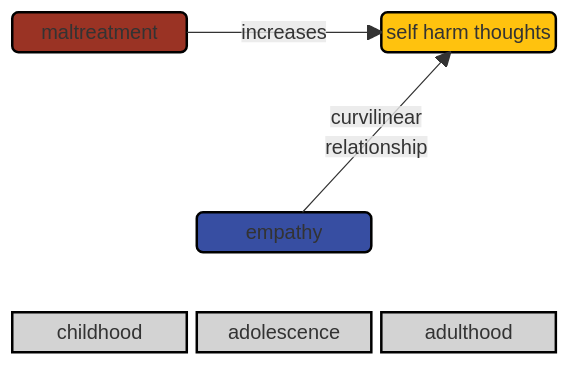
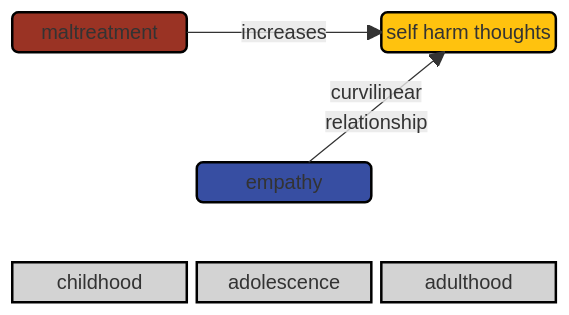
The second of 3 diagrams in empathy/README.md (agrogan1/closeread), drawn with Mermaid before and after one commit.

````diff
--- a/empathy/README.md
+++ b/empathy/README.md
@@ -37,28 +37,27 @@
 ```mermaid
 block
   columns 3
   m space sh
-  space space space
   space space space
   space space space
   space e space
   space space space
   childhood adolescence adulthood
 
   m("maltreatment") -- "increases" --> sh("self harm thoughts")
 
   e("empathy") -- "curvilinear <br>relationship" --> sh
 
   style m fill:#9A3324,stroke:#000000,stroke-width:2px,color:#FFFFFF;
 
   style e fill:#374EA2,stroke:#000000,stroke-width:2px,color:#FFFFFF;
 
   style sh fill:#FFC20E,stroke:#000000,stroke-width:2px,color:#000000;
 
   style childhood fill:#D3D3D3,stroke:#000000,stroke-width:2px,color:#000000;
 
   style adolescence fill:#D3D3D3,stroke:#000000,stroke-width:2px,color:#000000;
 
   style adulthood fill:#D3D3D3,stroke:#000000,stroke-width:2px,color:#000000;
 
 ```
````
